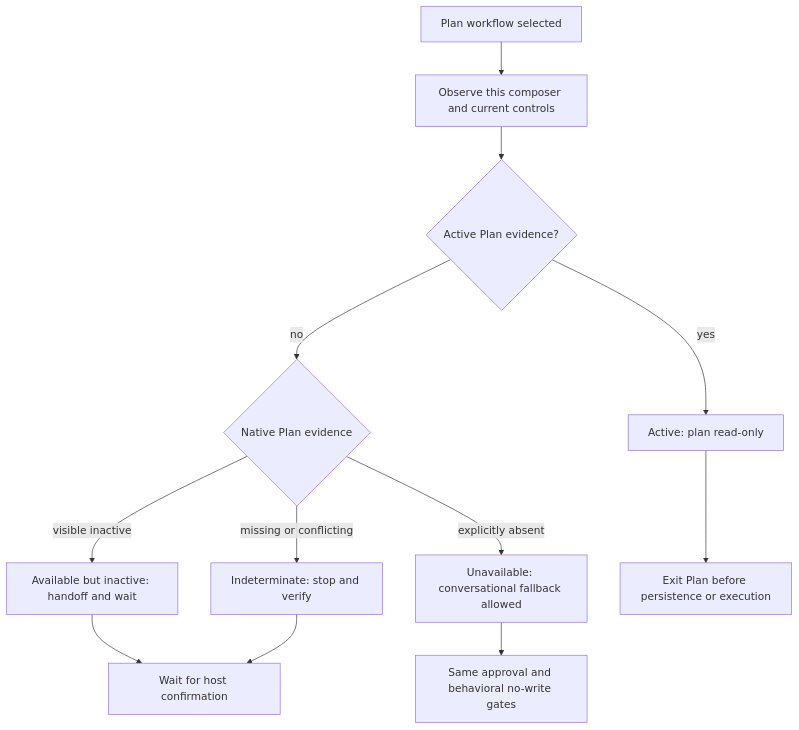
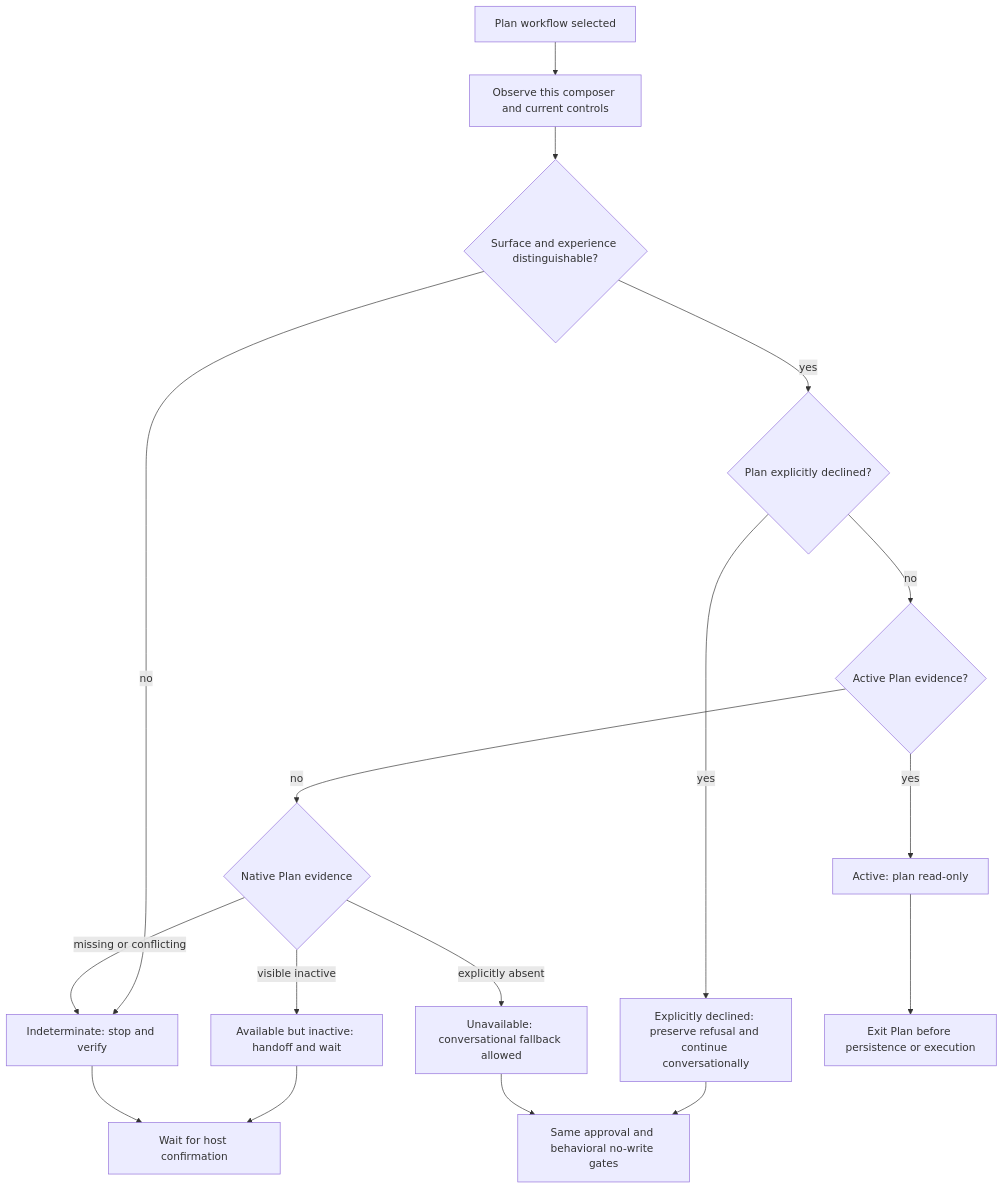
Before and after one commit to stark-ai-de/agent-skills: the diagram in docs/specs/chatgpt-host-plan-adapter-spec.md, drawn with Mermaid. The commit also changed other lines of this file and 18 other files, not shown here.

````diff
--- a/docs/specs/chatgpt-host-plan-adapter-spec.md
+++ b/docs/specs/chatgpt-host-plan-adapter-spec.md
@@ -205,14 +223,19 @@
 ```mermaid
 flowchart TD
   start[Plan workflow selected] --> observe[Observe this composer and current controls]
-  observe --> active{Active Plan evidence?}
+  observe --> distinguishable{Surface and experience distinguishable?}
+  distinguishable -->|no| indeterminate[Indeterminate: stop and verify]
+  distinguishable -->|yes| declined{Plan explicitly declined?}
+  declined -->|yes| refusal[Explicitly declined: preserve refusal and continue conversationally]
+  declined -->|no| active{Active Plan evidence?}
   active -->|yes| planning[Active: plan read-only]
   active -->|no| capability{Native Plan evidence}
   capability -->|visible inactive| inactive[Available but inactive: handoff and wait]
   capability -->|explicitly absent| unavailable[Unavailable: conversational fallback allowed]
   capability -->|missing or conflicting| indeterminate[Indeterminate: stop and verify]
   planning --> exit[Exit Plan before persistence or execution]
   inactive --> wait[Wait for host confirmation]
   indeterminate --> wait
+  refusal --> fallback
   unavailable --> fallback[Same approval and behavioral no-write gates]
 ```
````
